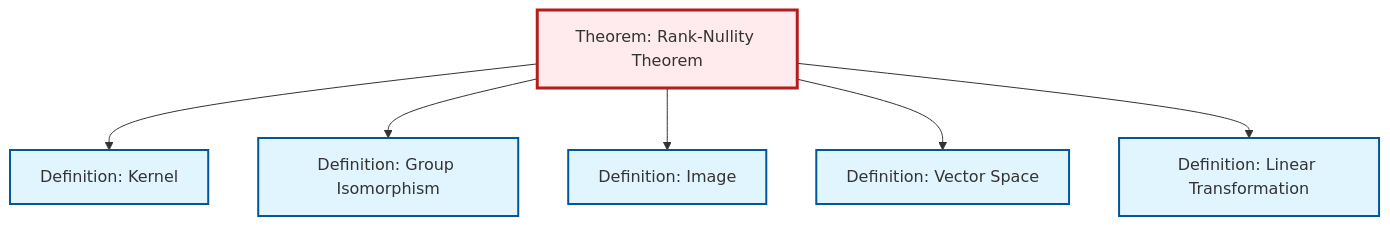
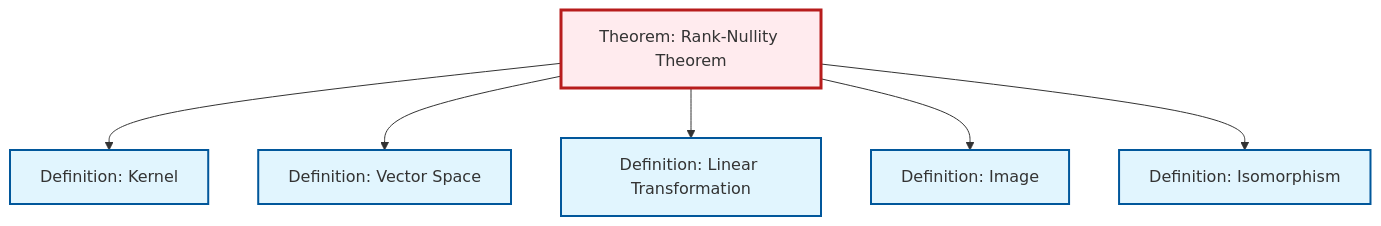
One commit to RK0429/ModernMath changed the diagram in content/en/algebra/thm-rank-nullity.qmd. Above: the diagram before and after it, drawn with Mermaid. The commit also changed 1069 other files, not shown here.

````diff
--- a/content/en/algebra/thm-rank-nullity.qmd
+++ b/content/en/algebra/thm-rank-nullity.qmd
@@ -56,26 +56,26 @@
 ```{mermaid}
 %%| fig-cap: "Local dependency graph"
 graph TD
     classDef definition fill:#e1f5fe,stroke:#01579b,stroke-width:2px
     classDef theorem fill:#f3e5f5,stroke:#4a148c,stroke-width:2px
     classDef axiom fill:#fff3e0,stroke:#e65100,stroke-width:2px
     classDef example fill:#e8f5e9,stroke:#1b5e20,stroke-width:2px
     classDef current fill:#ffebee,stroke:#b71c1c,stroke-width:3px
-    thm-rank-nullity["Theorem: Rank-Nullity Theorem"]:::theorem
-    def-isomorphism["Definition: Group Isomorphism"]:::definition
     def-image["Definition: Image"]:::definition
-    def-kernel["Definition: Kernel"]:::definition
     def-linear-transformation["Definition: Linear Transformation"]:::definition
     def-vector-space["Definition: Vector Space"]:::definition
+    def-isomorphism["Definition: Isomorphism"]:::definition
+    thm-rank-nullity["Theorem: Rank-Nullity Theorem"]:::theorem
+    def-kernel["Definition: Kernel"]:::definition
     thm-rank-nullity --> def-kernel
-    thm-rank-nullity --> def-isomorphism
-    thm-rank-nullity --> def-image
     thm-rank-nullity --> def-vector-space
     thm-rank-nullity --> def-linear-transformation
+    thm-rank-nullity --> def-image
+    thm-rank-nullity --> def-isomorphism
     class thm-rank-nullity current
-    click def-isomorphism "def-isomorphism.html" "Go to Group Isomorphism definition"
     click def-image "def-image.html" "Go to Image definition"
-    click def-kernel "def-kernel.html" "Go to Kernel definition"
     click def-linear-transformation "def-linear-transformation.html" "Go to Linear Transformation definition"
     click def-vector-space "def-vector-space.html" "Go to Vector Space definition"
+    click def-isomorphism "def-isomorphism.html" "Go to Isomorphism definition"
+    click def-kernel "def-kernel.html" "Go to Kernel definition"
 ```
````
